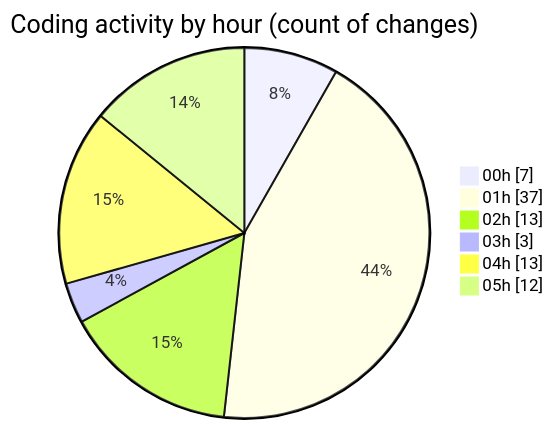
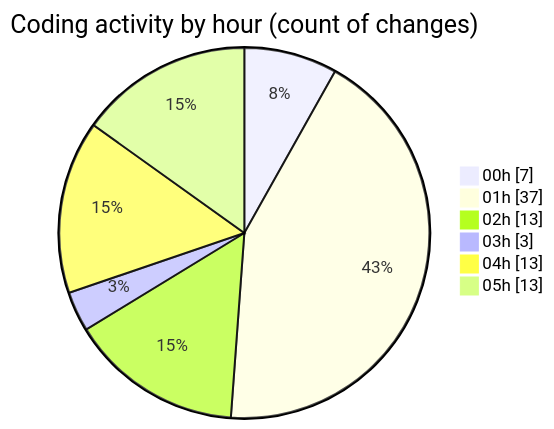
One commit to charlie-sans/code-tracking changed the second of 2 diagrams in 2025-02-23/micros/README.md. Above: the diagram before and after it, drawn with Mermaid. The commit also changed other lines of this file and 1 other file, not shown here.

````diff
--- a/2025-02-23/micros/README.md
+++ b/2025-02-23/micros/README.md
@@ -55,10 +55,10 @@
 ```mermaid
 pie showData
 title Coding activity by hour (count of changes)
 "00h" : 7
 "01h" : 37
 "02h" : 13
 "03h" : 3
 "04h" : 13
-"05h" : 12
+"05h" : 13
 ```
````
